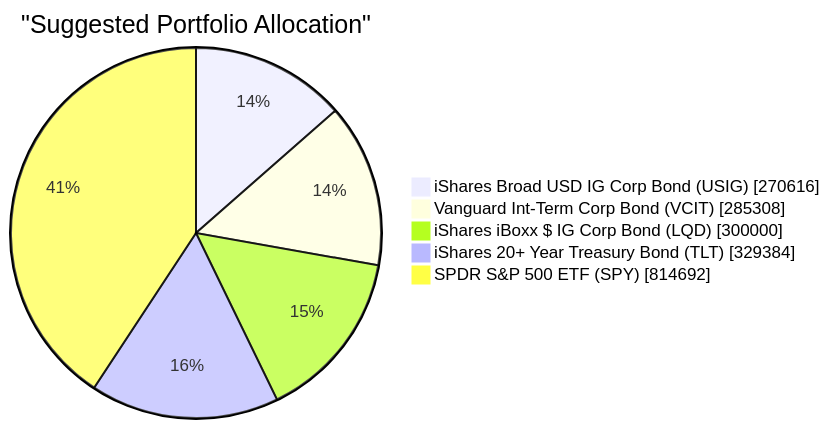
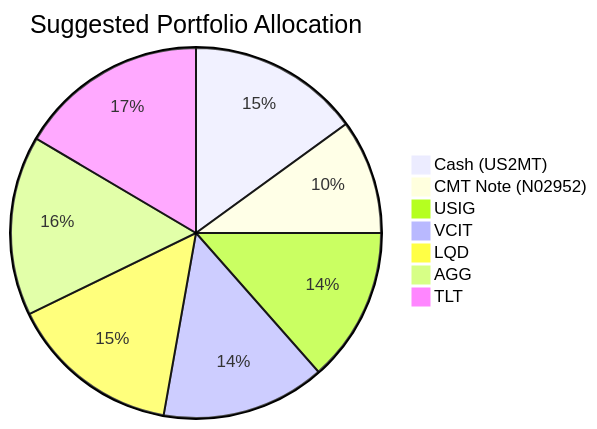
Before and after one commit to roger249/Bot-collaboration: the second of 2 diagrams in docs/sample outputs/client_product_fit_analysis_13.md, drawn with Mermaid. The commit also changed other lines of this file and 16 other files, not shown here.

````diff
--- a/docs/sample outputs/client_product_fit_analysis_13.md
+++ b/docs/sample outputs/client_product_fit_analysis_13.md
@@ -63,9 +51,10 @@
 ```mermaid
-pie showData
-title "Suggested Portfolio Allocation"
-"iShares Broad USD IG Corp Bond (USIG)" : 270616
-"Vanguard Int-Term Corp Bond (VCIT)" : 285308
-"iShares iBoxx $ IG Corp Bond (LQD)" : 300000
-"iShares 20+ Year Treasury Bond (TLT)" : 329384
-"SPDR S&P 500 ETF (SPY)" : 814692
+pie title Suggested Portfolio Allocation
+    "Cash (US2MT)" : 15
+    "CMT Note (N02952)" : 10
+    "USIG" : 13.5
+    "VCIT" : 14.3
+    "LQD" : 15.0
+    "AGG" : 15.7
+    "TLT" : 16.5
 ```
````
